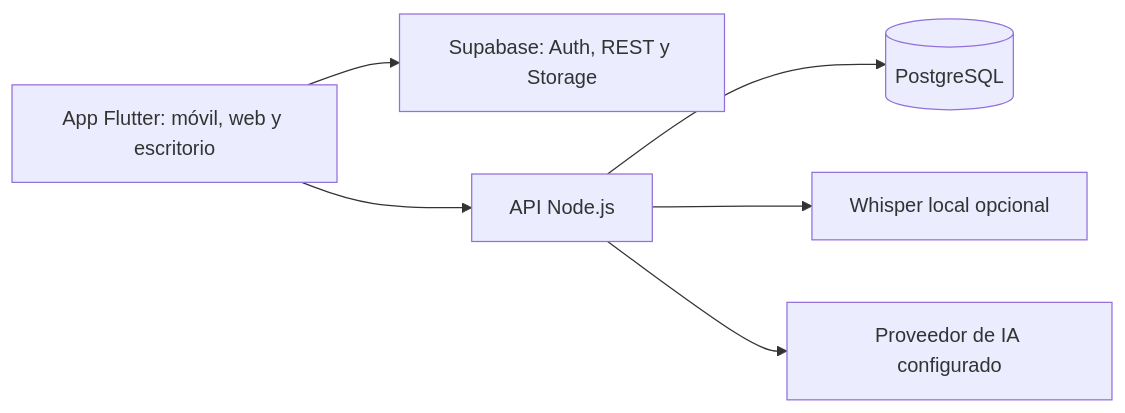
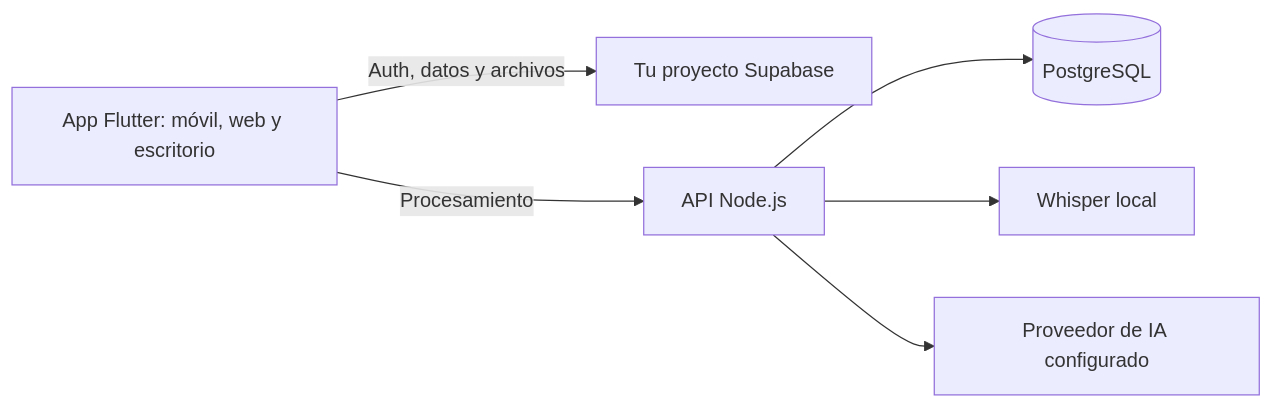
One commit to ToshioDev/lumenote-app changed the diagram in README.md. Above: the diagram before and after it, drawn with Mermaid. The commit also changed other lines of this file and 29 other files, not shown here.

````diff
--- a/README.md
+++ b/README.md
@@ -92,8 +58,8 @@
 ```mermaid
 flowchart LR
-    U[App Flutter: móvil, web y escritorio] --> S[Supabase: Auth, REST y Storage]
-    U --> A[API Node.js]
+    C[App Flutter: móvil, web y escritorio] -->|Auth, datos y archivos| S[Tu proyecto Supabase]
+    C -->|Procesamiento| A[API Node.js]
     A --> D[(PostgreSQL)]
-    A --> W[Whisper local opcional]
+    A --> W[Whisper local]
     A --> M[Proveedor de IA configurado]
 ```
````
